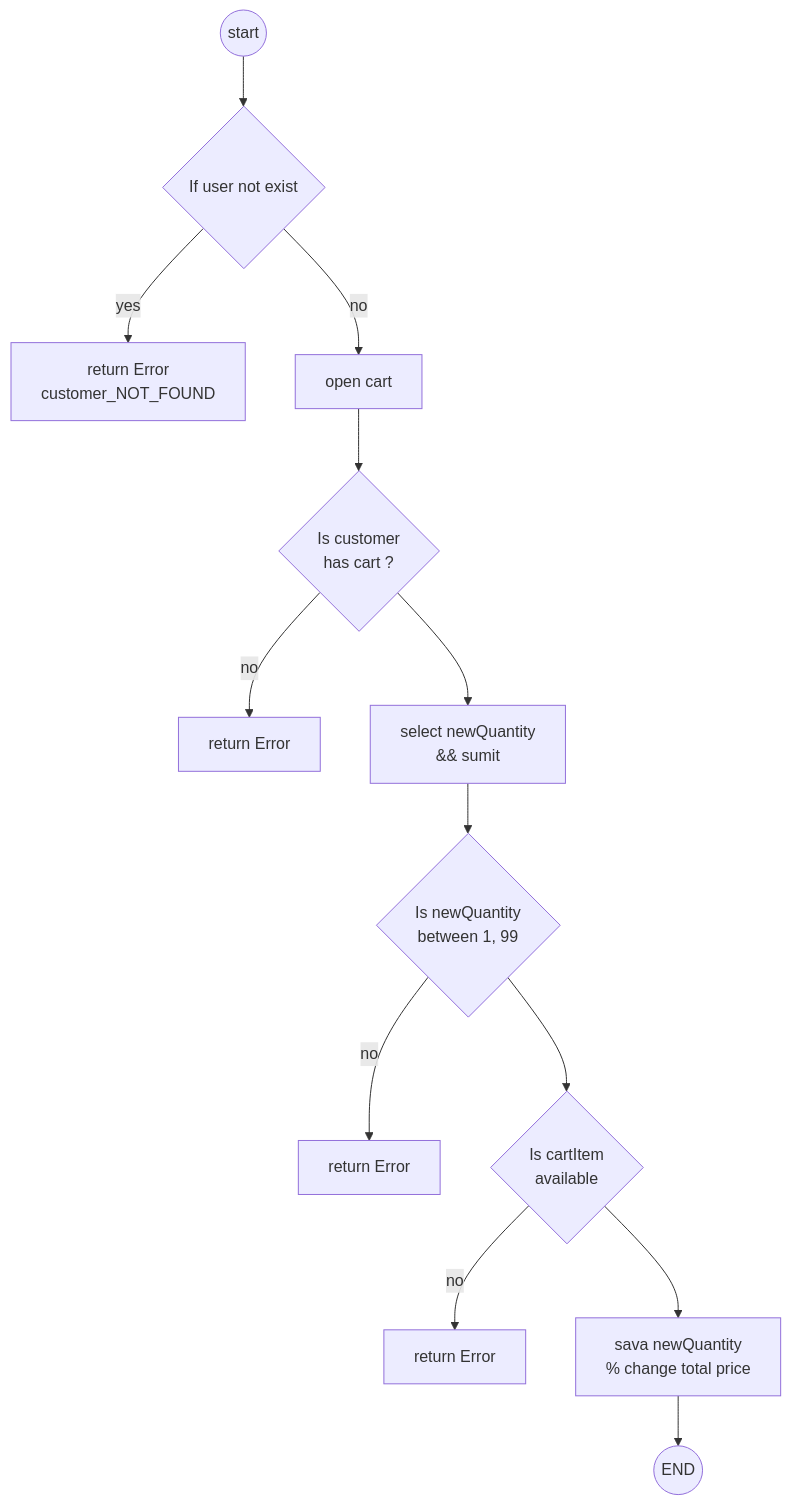
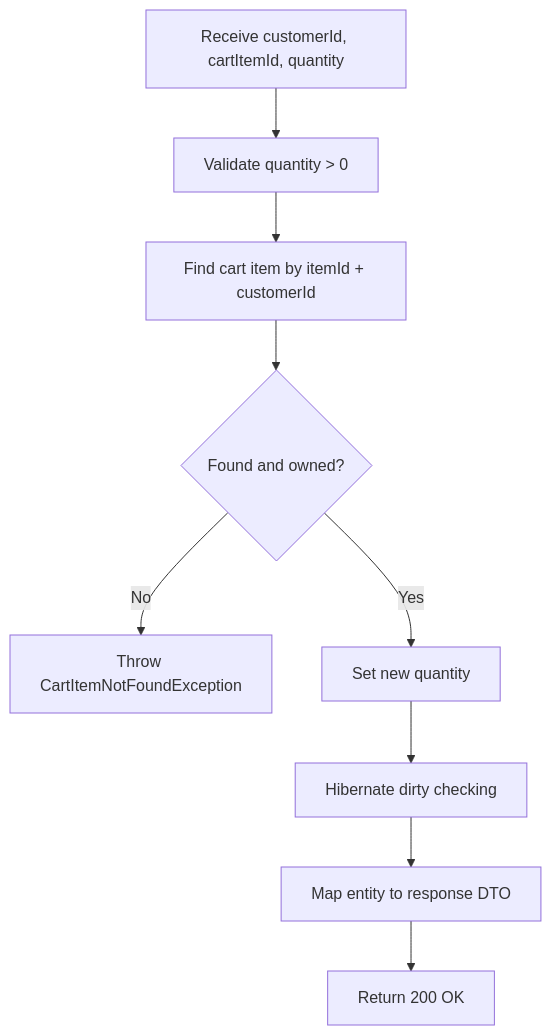
The eighth of 15 diagrams in README.md (w2t-el-develop/food_delivery_api), drawn with Mermaid before and after one commit. The commit also changed other lines of this file, not shown here.

````diff
--- a/README.md
+++ b/README.md
@@ -179,16 +561,13 @@
 ```mermaid
 flowchart TD
-    Start((start))
-    Start --> A{If user not exist}
-    A -->|yes| B[return Error<br/>customer_NOT_FOUND]
-    A -->|no| C[open cart]
-    C --> D{Is customer<br/>has cart ?}
-    D -->|no| E[return Error]
-    D --> F[select newQuantity<br/>&& sumit]
-    F --> G{Is newQuantity<br/>between 1, 99}
-    G -->|no| H[return Error]
-    G --> I{Is cartItem<br/>available}
-    I -->|no| J[return Error]
-    I --> K[sava newQuantity<br/>% change total price]
-    K --> End((END))
+    A[Receive customerId, cartItemId, quantity] --> B[Validate quantity > 0]
+    B --> C[Find cart item by itemId + customerId]
+    C --> D{Found and owned?}
+
+    D -- No --> E[Throw CartItemNotFoundException]
+    D -- Yes --> F[Set new quantity]
+
+    F --> G[Hibernate dirty checking]
+    G --> H[Map entity to response DTO]
+    H --> I[Return 200 OK]
 ```
````
